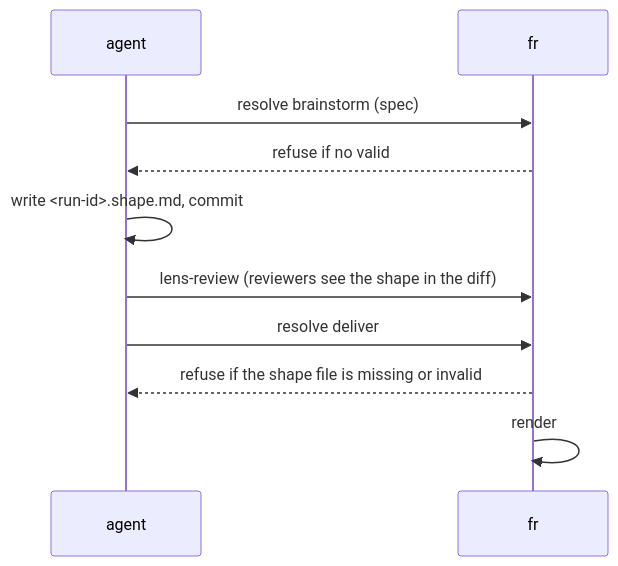
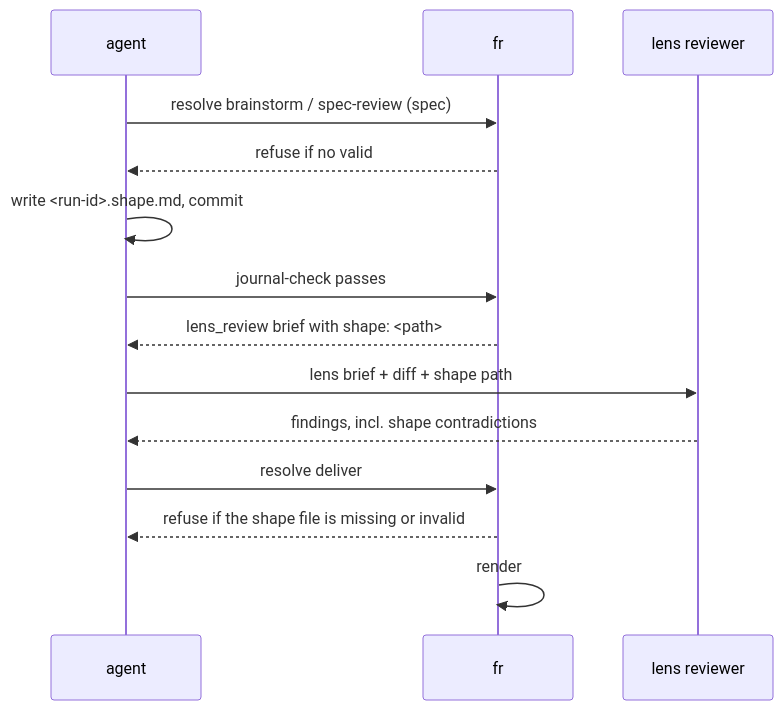
One commit to derio-net/super-fr changed the diagram in docs/superpowers/specs/2026-11-24-show-me-visuals-design.md. Above: the diagram before and after it, drawn with Mermaid. The commit also changed other lines of this file, not shown here.

Commit message:
docs(spec): address spec-review findings s1-s8 (#1641)

````diff
--- a/docs/superpowers/specs/2026-11-24-show-me-visuals-design.md
+++ b/docs/superpowers/specs/2026-11-24-show-me-visuals-design.md
@@ -137,12 +164,16 @@
 ```mermaid
 sequenceDiagram
   participant A as agent
   participant fr
-  A->>fr: resolve brainstorm (spec)
+  participant L as lens reviewer
+  A->>fr: resolve brainstorm / spec-review (spec)
   fr-->>A: refuse if no valid ## Design shape
   A->>A: write <run-id>.shape.md, commit
-  A->>fr: lens-review (reviewers see the shape in the diff)
+  A->>fr: journal-check passes
+  fr-->>A: lens_review brief with shape: <path>
+  A->>L: lens brief + diff + shape path
+  L-->>A: findings, incl. shape contradictions
   A->>fr: resolve deliver
   fr-->>A: refuse if the shape file is missing or invalid
   fr->>fr: render ## Shape of the change
 ```
````
